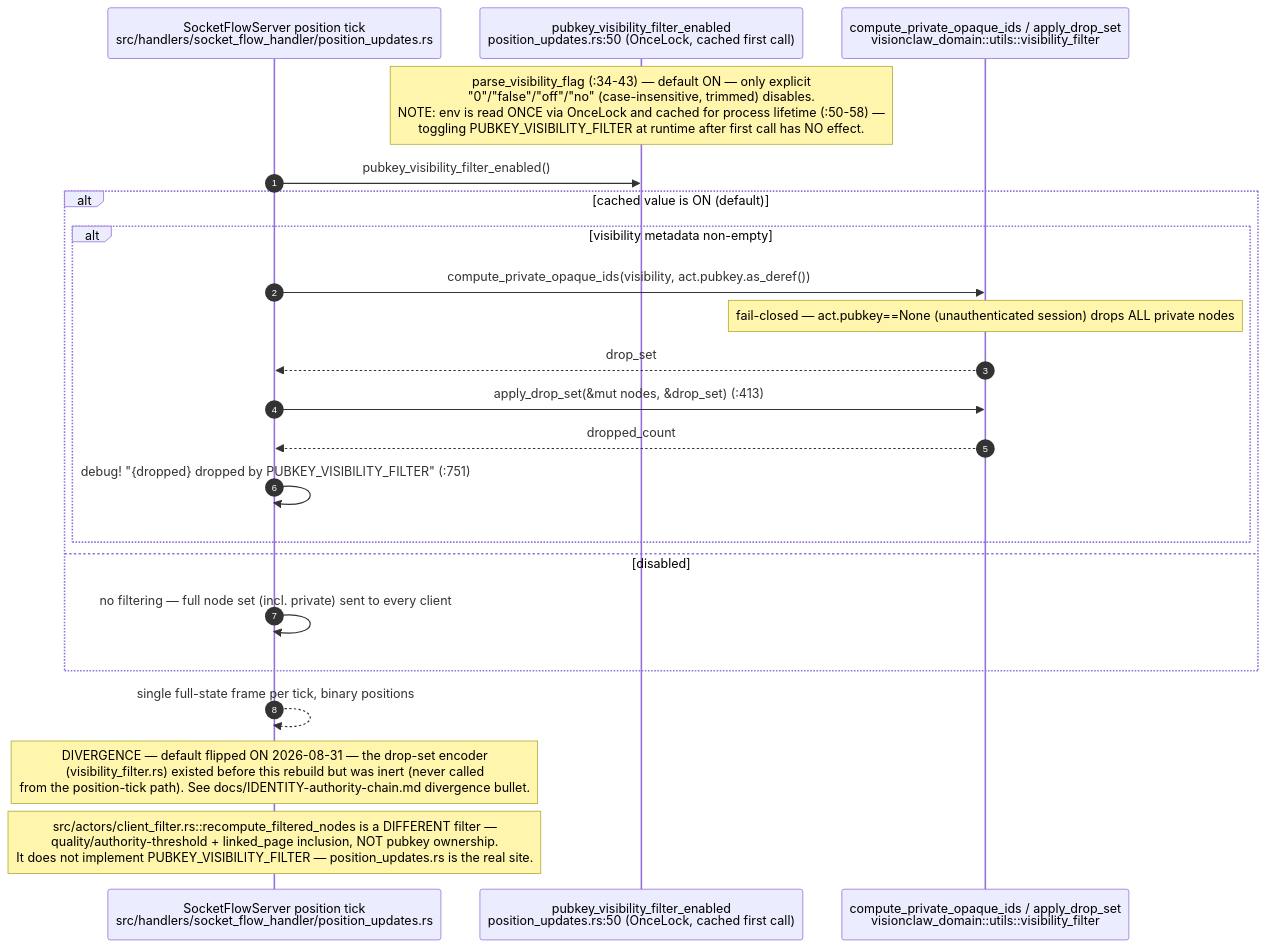
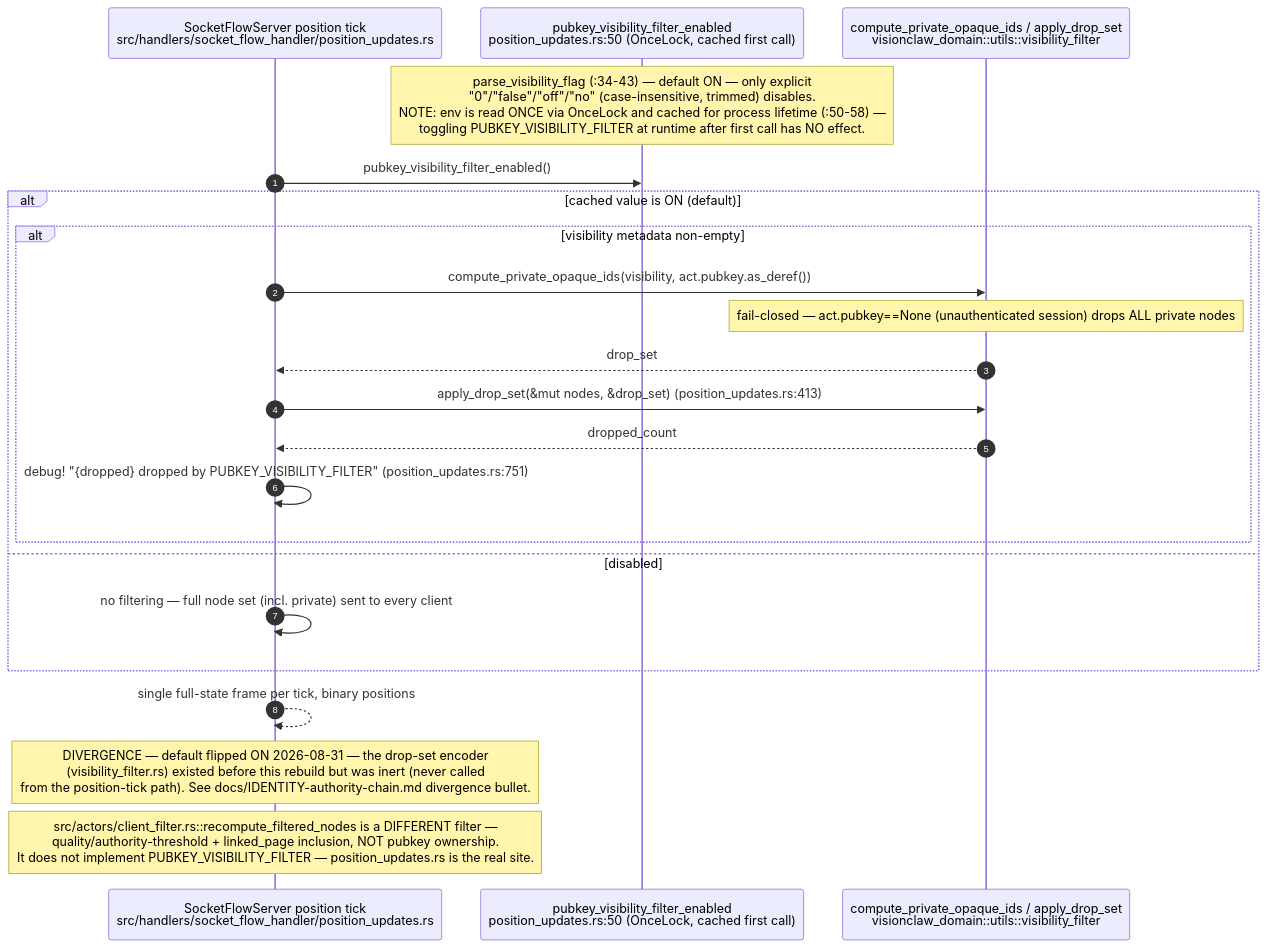
One commit to DreamLab-AI/VisionFlow changed the ninth of 16 diagrams in docs/diagrams/visionclaw/03-request-lifecycle-and-rbac.md. Above: the diagram before and after it, drawn with Mermaid. The commit also changed other lines of this file and 52 other files, not shown here.

First line of the commit message:
docs(diagrams): wave 3 checkpoint — bare line refs resolved, revision-pinned cite-check, VC-05/AB-01..13 re-attested

````diff
--- a/docs/diagrams/visionclaw/03-request-lifecycle-and-rbac.md
+++ b/docs/diagrams/visionclaw/03-request-lifecycle-and-rbac.md
@@ -407,25 +409,25 @@
 ```mermaid
 sequenceDiagram
     autonumber
     participant WS as SocketFlowServer position tick<br/>src/handlers/socket_flow_handler/position_updates.rs
     participant EF as pubkey_visibility_filter_enabled<br/>position_updates.rs:50 (OnceLock, cached first call)
     participant VF as compute_private_opaque_ids / apply_drop_set<br/>visionclaw_domain::utils::visibility_filter
 
     Note over EF: parse_visibility_flag (:34-43) — default ON — only explicit<br/>"0"/"false"/"off"/"no" (case-insensitive, trimmed) disables.<br/>NOTE: env is read ONCE via OnceLock and cached for process lifetime (:50-58) —<br/>toggling PUBKEY_VISIBILITY_FILTER at runtime after first call has NO effect.
     WS->>EF: pubkey_visibility_filter_enabled()
     alt cached value is ON (default)
         alt visibility metadata non-empty
             WS->>VF: compute_private_opaque_ids(visibility, act.pubkey.as_deref())
             Note over VF: fail-closed — act.pubkey==None (unauthenticated session) drops ALL private nodes
             VF-->>WS: drop_set
-            WS->>VF: apply_drop_set(&mut nodes, &drop_set) (:413)
+            WS->>VF: apply_drop_set(&mut nodes, &drop_set) (position_updates.rs:413)
             VF-->>WS: dropped_count
-            WS->>WS: debug! "{dropped} dropped by PUBKEY_VISIBILITY_FILTER" (:751)
+            WS->>WS: debug! "{dropped} dropped by PUBKEY_VISIBILITY_FILTER" (position_updates.rs:751)
         end
     else disabled
         WS->>WS: no filtering — full node set (incl. private) sent to every client
     end
     WS-->>WS: single full-state frame per tick, binary positions
     Note over WS: DIVERGENCE — default flipped ON 2026-08-31 — the drop-set encoder<br/>(visibility_filter.rs) existed before this rebuild but was inert (never called<br/>from the position-tick path). See docs/IDENTITY-authority-chain.md divergence bullet.
     Note over WS: src/actors/client_filter.rs::recompute_filtered_nodes is a DIFFERENT filter —<br/>quality/authority-threshold + linked_page inclusion, NOT pubkey ownership.<br/>It does not implement PUBKEY_VISIBILITY_FILTER — position_updates.rs is the real site.
 ```
````
